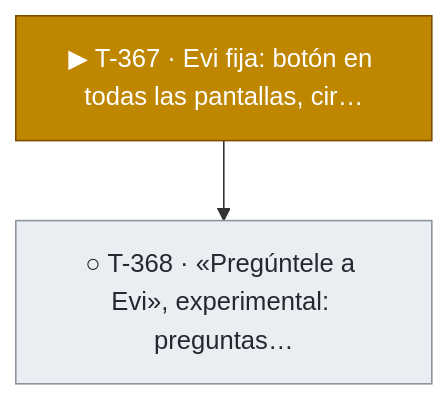
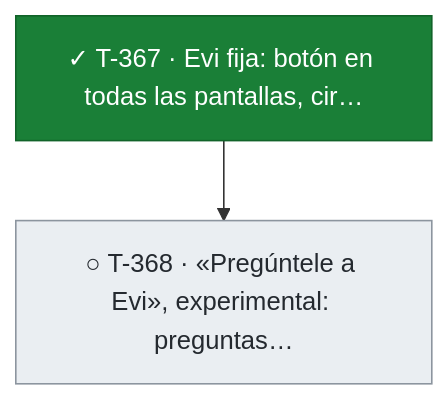
Diagram 29 of 29 in docs/tablero.md (snavello/EVALUON), drawn with Mermaid before and after one commit. The commit also changed other lines of this file and 1 other file, not shown here.

Commit message:
gestión: T-367 terminada (Evi fija); tablero

````diff
--- a/docs/tablero.md
+++ b/docs/tablero.md
@@ -2095,11 +2095,11 @@
 ```mermaid
 flowchart TD
-  T367["▶ T-367 · Evi fija: botón en todas las pantallas, cir…"]:::active
+  T367["✓ T-367 · Evi fija: botón en todas las pantallas, cir…"]:::done
   T368["○ T-368 · «Pregúntele a Evi», experimental: preguntas…"]:::todo
   T367 --> T368
   classDef done fill:#1a7f37,stroke:#116329,color:#ffffff
   classDef review fill:#0969da,stroke:#0550ae,color:#ffffff
   classDef active fill:#bf8700,stroke:#7d4e00,color:#ffffff
   classDef blocked fill:#cf222e,stroke:#a40e26,color:#ffffff
   classDef todo fill:#eaeef2,stroke:#8c959f,color:#24292f
 ```
````
